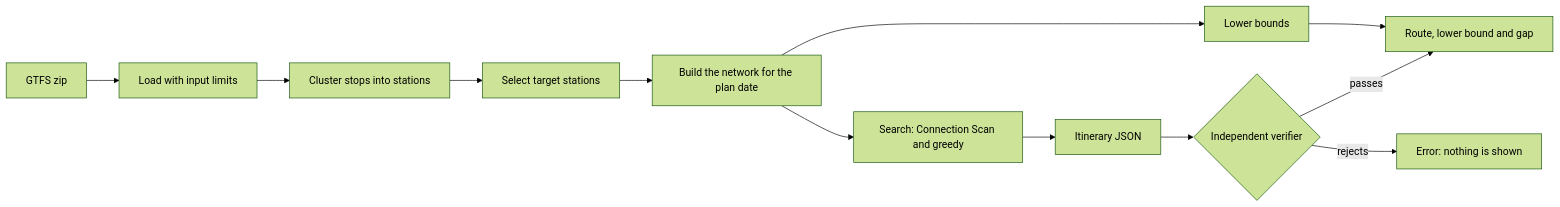
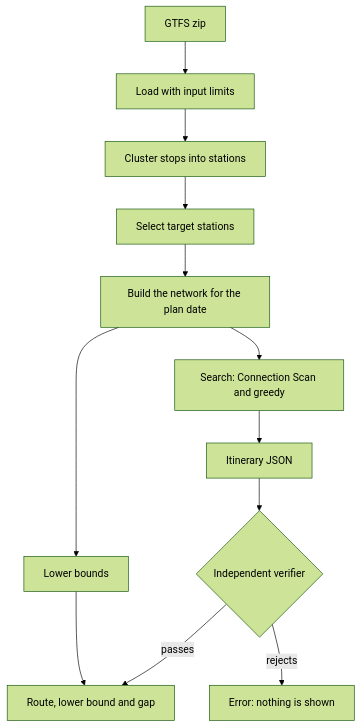
One commit to Waiivyy/allstops changed the diagram in README.md. Above: the diagram before and after it, drawn with Mermaid (forest theme).

Commit message:
docs: lay out the README pipeline diagram top to bottom
Left to right, the eleven steps rendered too small to read in the README column.

````diff
--- a/README.md
+++ b/README.md
@@ -119,14 +119,14 @@
 ```mermaid
-flowchart LR
+flowchart TD
     A[GTFS zip] --> B[Load with input limits]
     B --> C[Cluster stops into stations]
     C --> D[Select target stations]
     D --> E[Build the network for the plan date]
     E --> F[Search: Connection Scan and greedy]
+    E --> K[Lower bounds]
     F --> G[Itinerary JSON]
     G --> H{Independent verifier}
     H -- passes --> I[Route, lower bound and gap]
+    K --> I
     H -- rejects --> J[Error: nothing is shown]
-    E --> K[Lower bounds]
-    K --> I
 ```
````
